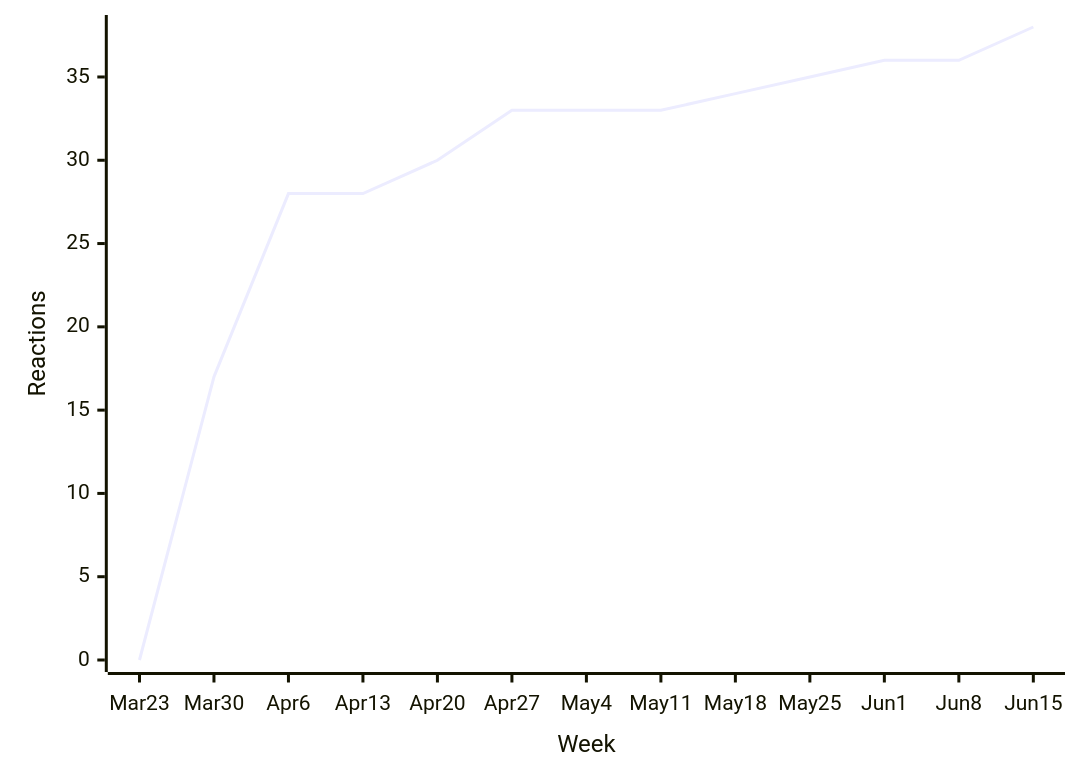
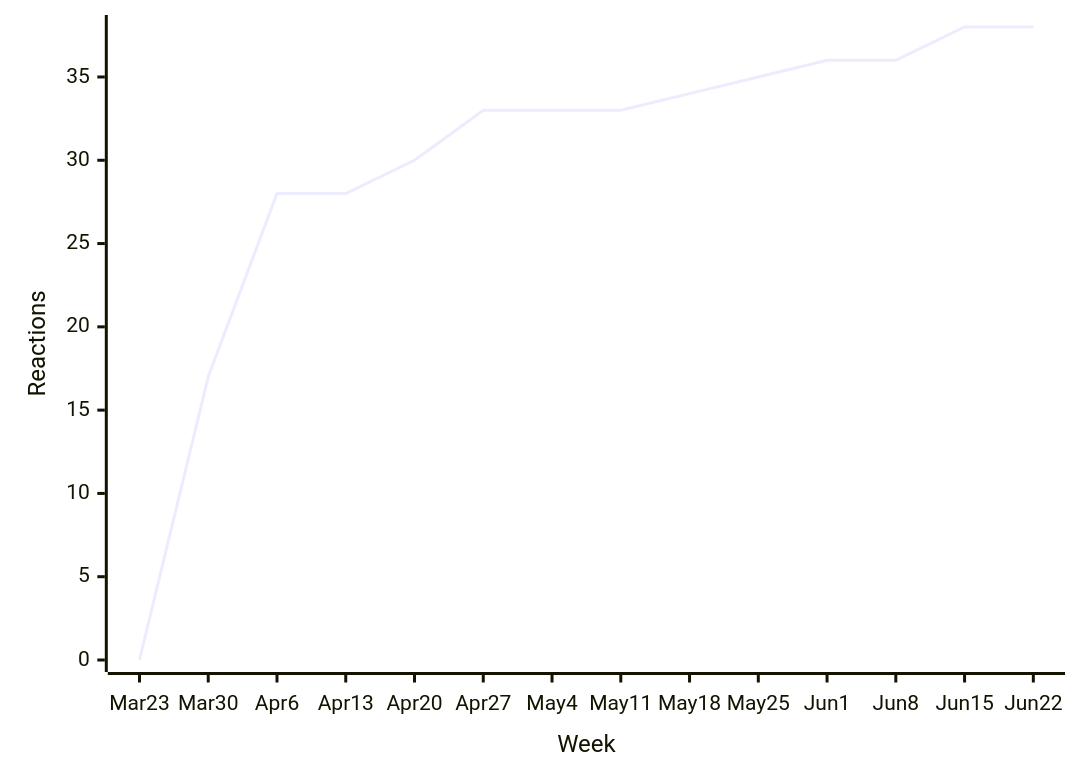
The second of 50 diagrams in README.md (loic-sharma/github-insights), drawn with Mermaid before and after one commit. The commit also changed other lines of this file and 3 other files, not shown here.

````diff
--- a/README.md
+++ b/README.md
@@ -356,6 +356,6 @@
   ```mermaid
   xychart-beta
-    x-axis "Week" [Mar 23, Mar 30, Apr 6, Apr 13, Apr 20, Apr 27, May 4, May 11, May 18, May 25, Jun 1, Jun 8, Jun 15]
+    x-axis "Week" [Mar 23, Mar 30, Apr 6, Apr 13, Apr 20, Apr 27, May 4, May 11, May 18, May 25, Jun 1, Jun 8, Jun 15, Jun 22]
     y-axis "Reactions"
-    line [0, 17, 28, 28, 30, 33, 33, 33, 34, 35, 36, 36, 38]
+    line [0, 17, 28, 28, 30, 33, 33, 33, 34, 35, 36, 36, 38, 38]
   ```
````
